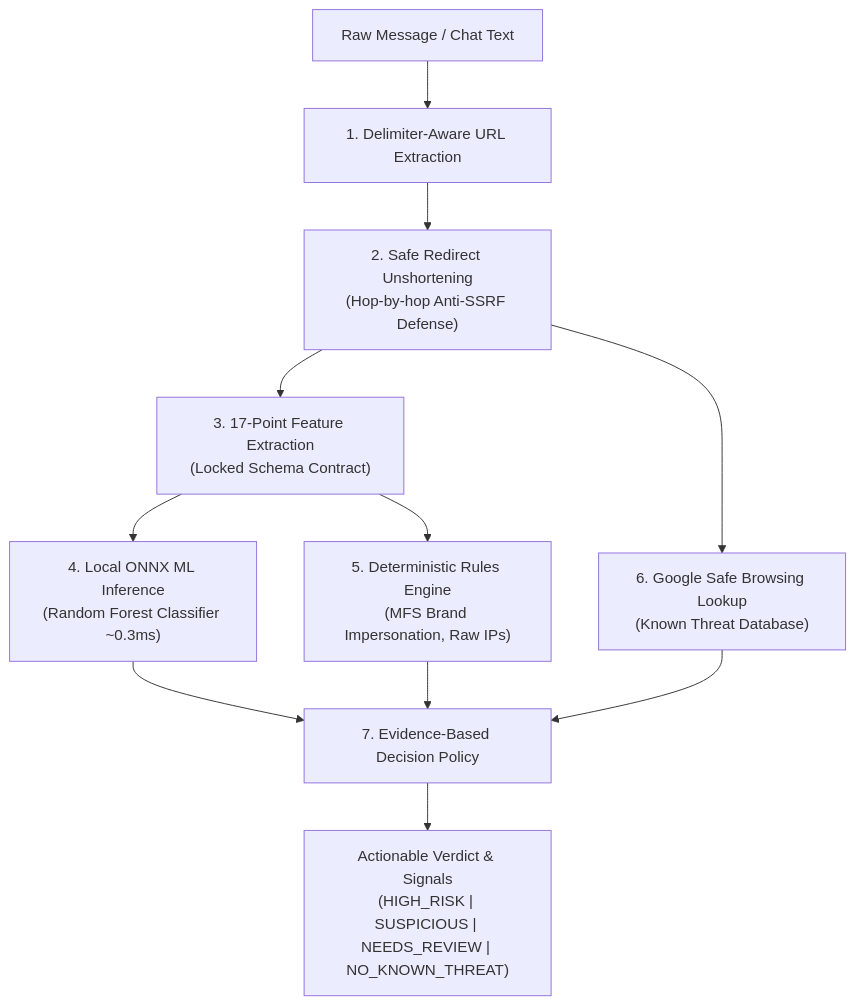
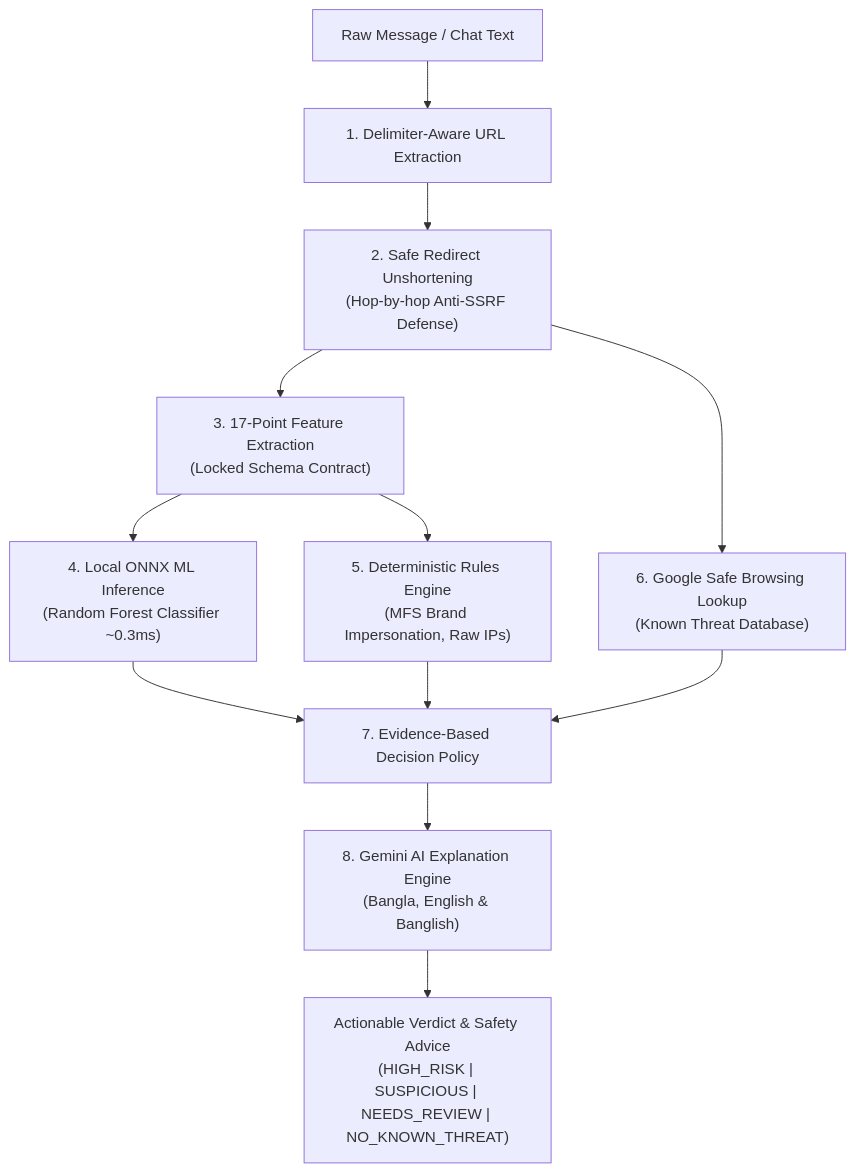
One commit to Pranto210102/friend-shield changed the diagram in README.md. Above: the diagram before and after it, drawn with Mermaid. The commit also changed other lines of this file and 4 other files, not shown here.

Commit message:
feat: integrate Gemini LLM multilingual explainer in Bangla, English, and Banglish

````diff
--- a/README.md
+++ b/README.md
@@ -29,13 +31,14 @@
 ```mermaid
 flowchart TD
     A["Raw Message / Chat Text"] --> B["1. Delimiter-Aware URL Extraction"]
     B --> C["2. Safe Redirect Unshortening\n(Hop-by-hop Anti-SSRF Defense)"]
     C --> D["3. 17-Point Feature Extraction\n(Locked Schema Contract)"]
     D --> E["4. Local ONNX ML Inference\n(Random Forest Classifier ~0.3ms)"]
     D --> F["5. Deterministic Rules Engine\n(MFS Brand Impersonation, Raw IPs)"]
     C --> G["6. Google Safe Browsing Lookup\n(Known Threat Database)"]
     E --> H["7. Evidence-Based Decision Policy"]
     F --> H
     G --> H
-    H --> I["Actionable Verdict & Signals\n(HIGH_RISK | SUSPICIOUS | NEEDS_REVIEW | NO_KNOWN_THREAT)"]
+    H --> I["8. Gemini AI Explanation Engine\n(Bangla, English & Banglish)"]
+    I --> J["Actionable Verdict & Safety Advice\n(HIGH_RISK | SUSPICIOUS | NEEDS_REVIEW | NO_KNOWN_THREAT)"]
 ```
````
